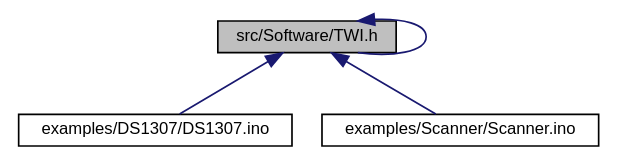
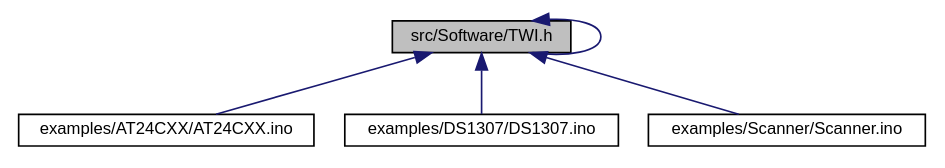
The diagram in Arduino-TWI/d9/d8c/Software_2TWI_8h__dep__incl.dot (mikaelpatel/mikaelpatel.github.io), drawn with Graphviz before and after one commit. The commit also changed 386 other files, not shown here.

```diff
--- a/Arduino-TWI/d9/d8c/Software_2TWI_8h__dep__incl.dot
+++ b/Arduino-TWI/d9/d8c/Software_2TWI_8h__dep__incl.dot
@@ -1,11 +1,13 @@
 digraph "src/Software/TWI.h"
 {
   edge [fontname="Helvetica",fontsize="10",labelfontname="Helvetica",labelfontsize="10"];
   node [fontname="Helvetica",fontsize="10",shape=record];
   Node1 [label="src/Software/TWI.h",height=0.2,width=0.4,color="black", fillcolor="grey75", style="filled", fontcolor="black"];
   Node1 -> Node1 [dir="back",color="midnightblue",fontsize="10",style="solid",fontname="Helvetica"];
   Node1 -> Node2 [dir="back",color="midnightblue",fontsize="10",style="solid",fontname="Helvetica"];
-  Node2 [label="examples/DS1307/DS1307.ino",height=0.2,width=0.4,color="black", fillcolor="white", style="filled",URL="$d3/d10/DS1307_8ino.html"];
+  Node2 [label="examples/AT24CXX/AT24CXX.ino",height=0.2,width=0.4,color="black", fillcolor="white", style="filled",URL="$de/d62/AT24CXX_8ino.html"];
   Node1 -> Node3 [dir="back",color="midnightblue",fontsize="10",style="solid",fontname="Helvetica"];
-  Node3 [label="examples/Scanner/Scanner.ino",height=0.2,width=0.4,color="black", fillcolor="white", style="filled",URL="$dd/da4/Scanner_8ino.html"];
+  Node3 [label="examples/DS1307/DS1307.ino",height=0.2,width=0.4,color="black", fillcolor="white", style="filled",URL="$d3/d10/DS1307_8ino.html"];
+  Node1 -> Node4 [dir="back",color="midnightblue",fontsize="10",style="solid",fontname="Helvetica"];
+  Node4 [label="examples/Scanner/Scanner.ino",height=0.2,width=0.4,color="black", fillcolor="white", style="filled",URL="$dd/da4/Scanner_8ino.html"];
 }
```
